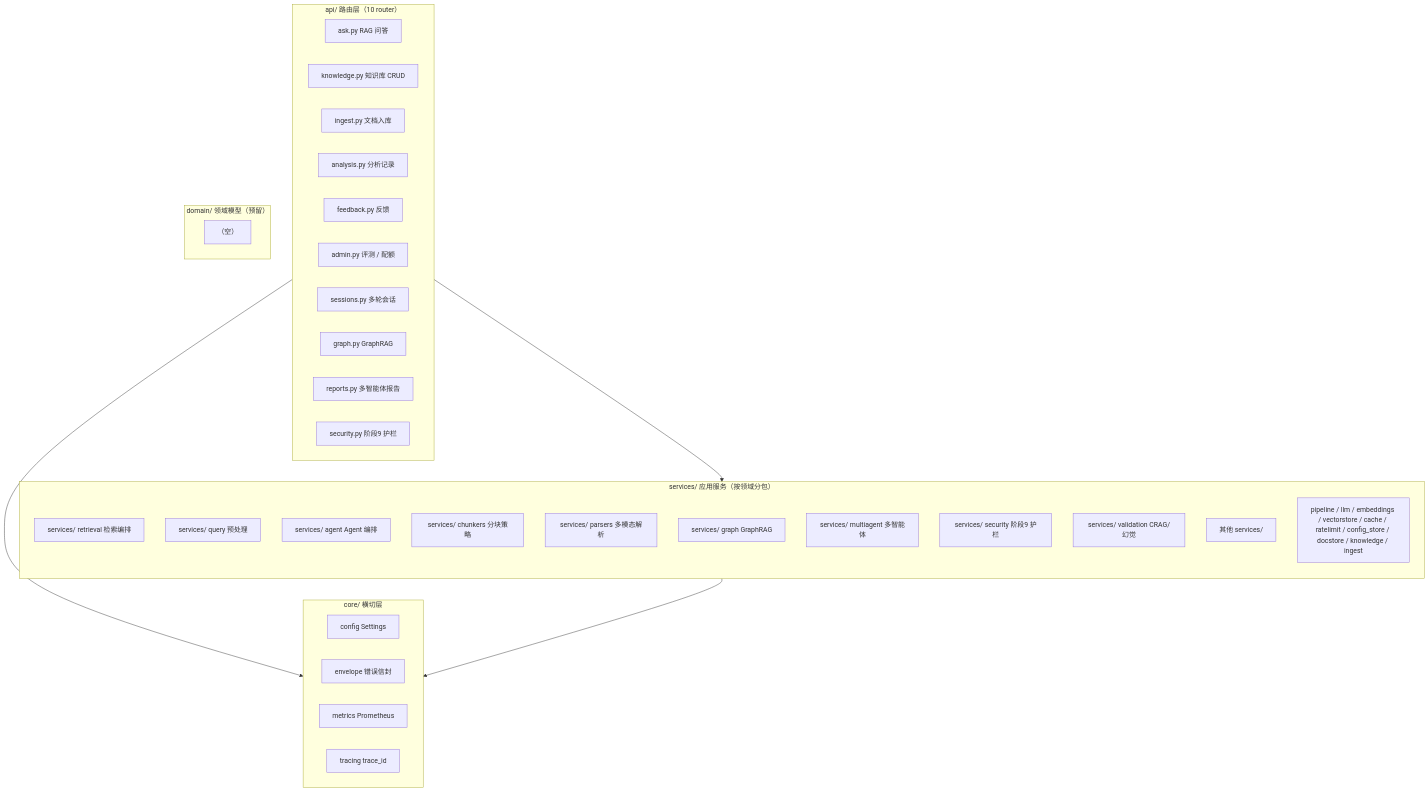
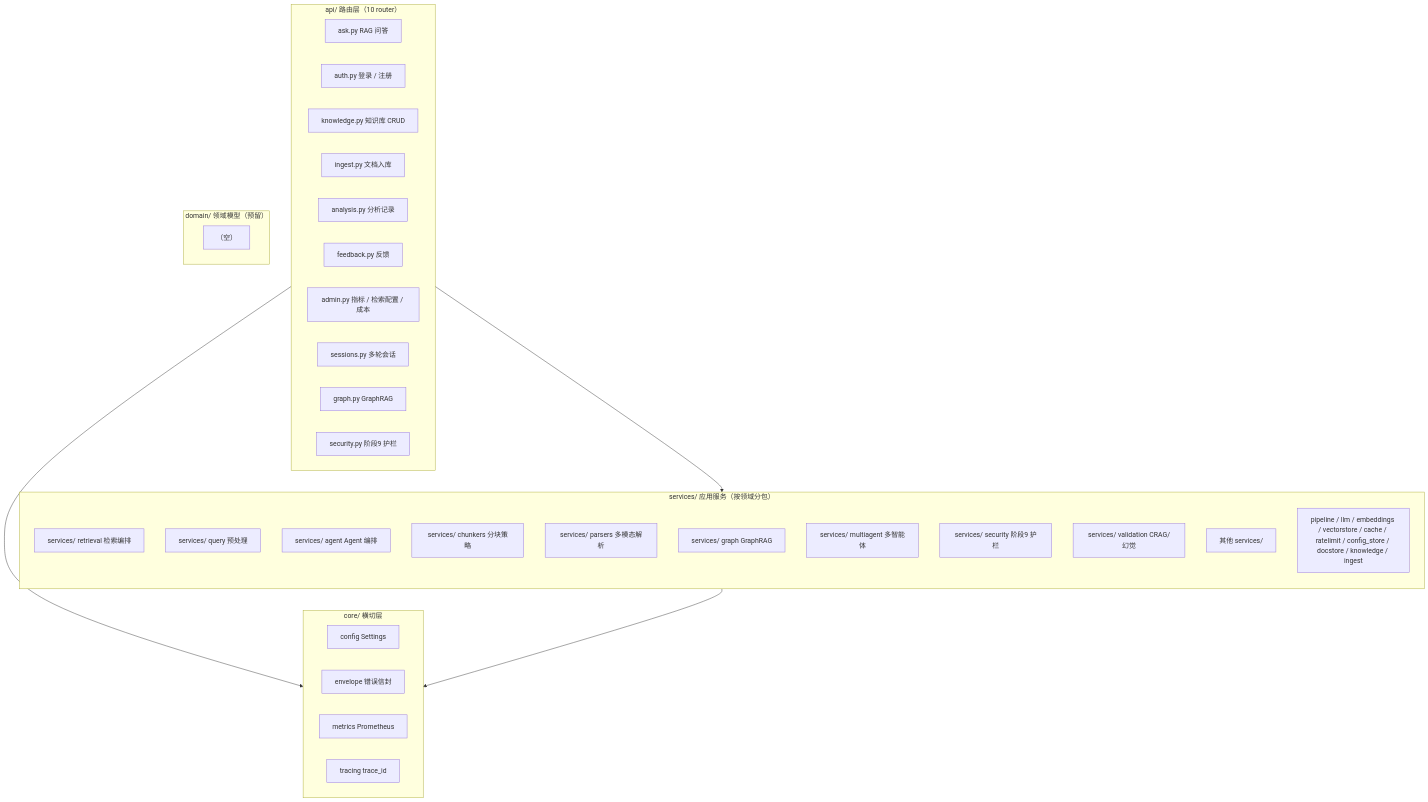
The first of 2 diagrams in doc/analysis/模块.md (lzptouch/Kquery), drawn with Mermaid before and after one commit. The commit also changed other lines of this file and 418 other files, not shown here.

````diff
--- a/doc/analysis/模块.md
+++ b/doc/analysis/模块.md
@@ -31,41 +30,41 @@
 ```mermaid
 flowchart TB
     subgraph API["api/ 路由层（10 router）"]
         ASK["ask.py RAG 问答"]
+        AUTH["auth.py 登录 / 注册"]
         KB["knowledge.py 知识库 CRUD"]
         ING["ingest.py 文档入库"]
         AN["analysis.py 分析记录"]
         FB["feedback.py 反馈"]
-        ADM["admin.py 评测 / 配额"]
+        ADM["admin.py 指标 / 检索配置 / 成本"]
         SES["sessions.py 多轮会话"]
         GR["graph.py GraphRAG"]
-        REP["reports.py 多智能体报告"]
         SEC["security.py 阶段9 护栏"]
     end
     subgraph CORE["core/ 横切层"]
         CFG["config Settings"]
         ENV["envelope 错误信封"]
         MET["metrics Prometheus"]
         TR["tracing trace_id"]
     end
     subgraph SVC["services/ 应用服务（按领域分包）"]
         direction TB
         SR["services/ retrieval 检索编排"]
         SQ["services/ query 预处理"]
         SA["services/ agent Agent 编排"]
         SC["services/ chunkers 分块策略"]
         SP["services/ parsers 多模态解析"]
         SG["services/ graph GraphRAG"]
         SM["services/ multiagent 多智能体"]
         SS["services/ security 阶段9 护栏"]
         SV["services/ validation CRAG/幻觉"]
         SU["其他 services/"]
         SU_BOX["pipeline / llm / embeddings / vectorstore / cache / ratelimit / config_store / docstore / knowledge / ingest"]
     end
     subgraph DOMAIN["domain/ 领域模型（预留）"]
         EMPTY["（空）"]
     end
     API --> SVC
     API --> CORE
     SVC --> CORE
 ```
````
